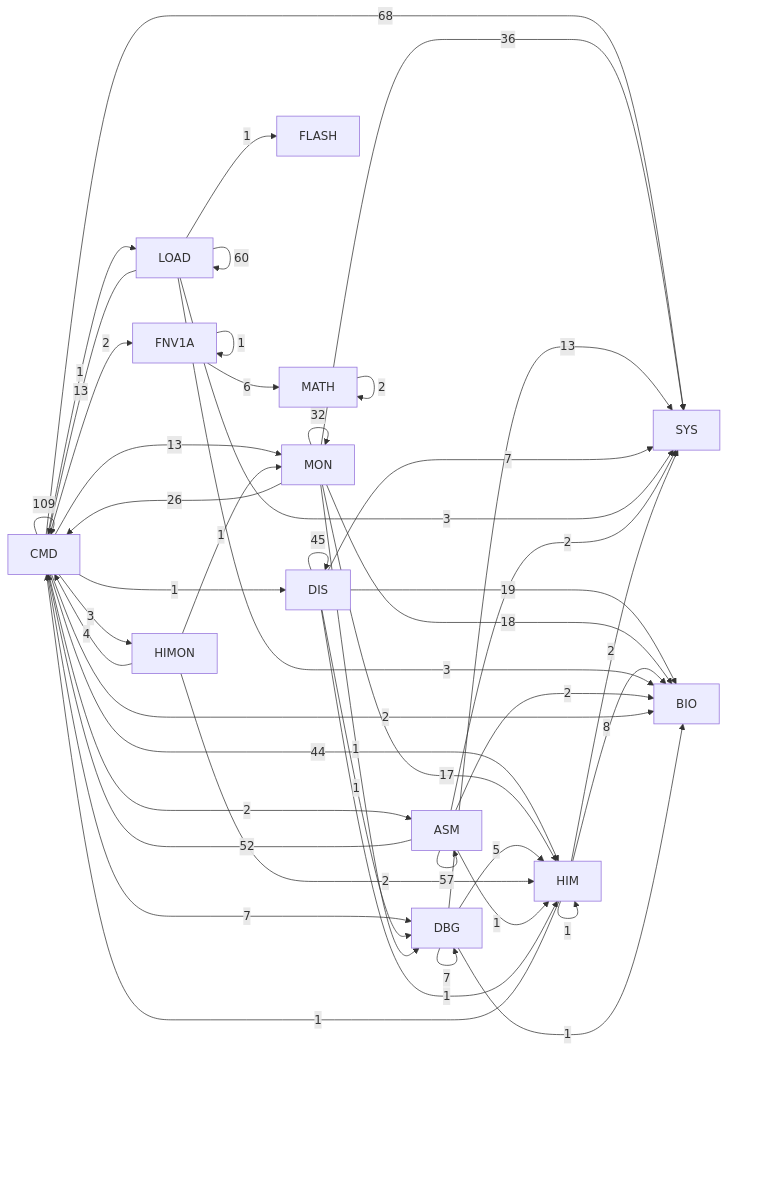
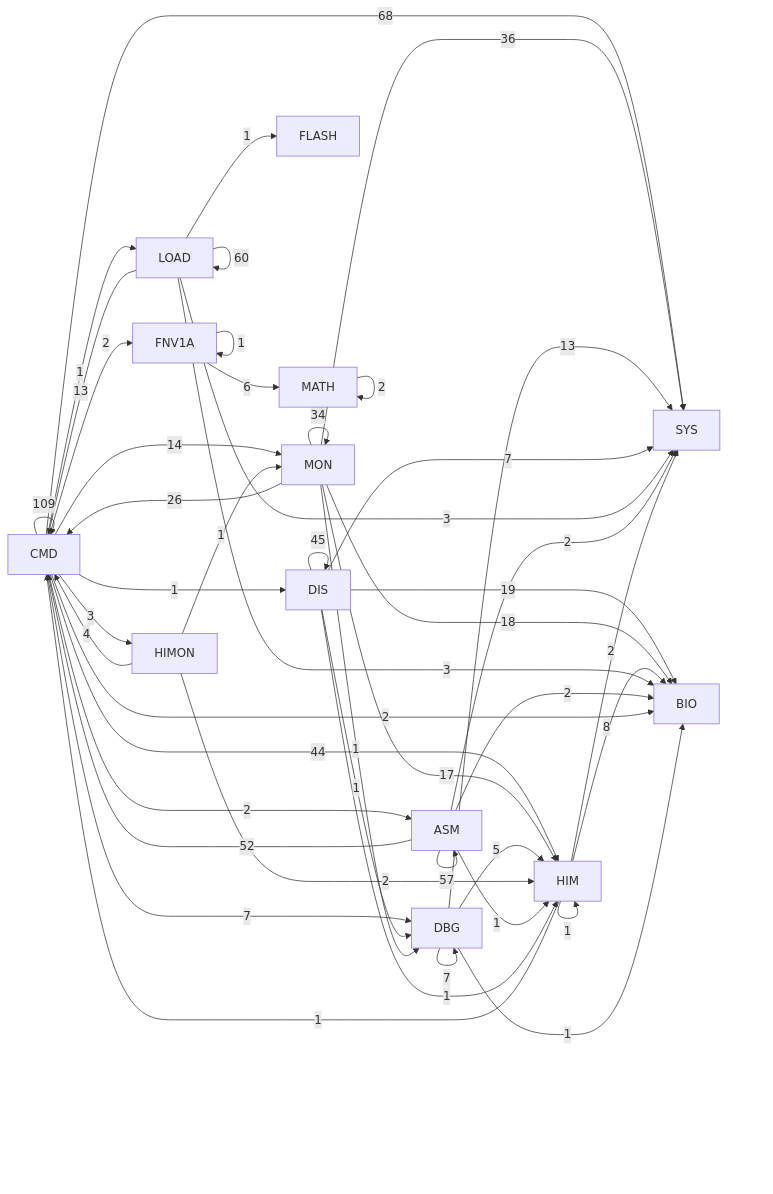
Before and after one commit to 95westus/R-YORS: the diagram in DOC/GENERATED/HIMON_SUPPORT_MAP.md, drawn with Mermaid. The commit also changed other lines of this file and 39 other files, not shown here.

````diff
--- a/DOC/GENERATED/HIMON_SUPPORT_MAP.md
+++ b/DOC/GENERATED/HIMON_SUPPORT_MAP.md
@@ -10,49 +10,49 @@
 ```mermaid
 flowchart LR
     P_CMD[CMD] -->|109| P_CMD[CMD]
     P_CMD[CMD] -->|68| P_SYS[SYS]
     P_LOAD[LOAD] -->|60| P_LOAD[LOAD]
     P_ASM[ASM] -->|57| P_ASM[ASM]
     P_ASM[ASM] -->|52| P_CMD[CMD]
     P_DIS[DIS] -->|45| P_DIS[DIS]
     P_CMD[CMD] -->|44| P_HIM[HIM]
     P_MON[MON] -->|36| P_SYS[SYS]
-    P_MON[MON] -->|32| P_MON[MON]
+    P_MON[MON] -->|34| P_MON[MON]
     P_MON[MON] -->|26| P_CMD[CMD]
     P_DIS[DIS] -->|19| P_BIO[BIO]
     P_MON[MON] -->|18| P_BIO[BIO]
     P_MON[MON] -->|17| P_HIM[HIM]
-    P_CMD[CMD] -->|13| P_MON[MON]
+    P_CMD[CMD] -->|14| P_MON[MON]
     P_DBG[DBG] -->|13| P_SYS[SYS]
     P_LOAD[LOAD] -->|13| P_CMD[CMD]
     P_HIM[HIM] -->|8| P_BIO[BIO]
     P_CMD[CMD] -->|7| P_DBG[DBG]
     P_DBG[DBG] -->|7| P_DBG[DBG]
     P_DIS[DIS] -->|7| P_SYS[SYS]
     P_FNV1A[FNV1A] -->|6| P_MATH[MATH]
     P_DBG[DBG] -->|5| P_HIM[HIM]
     P_HIMON[HIMON] -->|4| P_CMD[CMD]
     P_CMD[CMD] -->|3| P_HIMON[HIMON]
     P_LOAD[LOAD] -->|3| P_BIO[BIO]
     P_LOAD[LOAD] -->|3| P_SYS[SYS]
     P_ASM[ASM] -->|2| P_BIO[BIO]
     P_ASM[ASM] -->|2| P_SYS[SYS]
     P_CMD[CMD] -->|2| P_ASM[ASM]
     P_CMD[CMD] -->|2| P_BIO[BIO]
     P_CMD[CMD] -->|2| P_FNV1A[FNV1A]
     P_HIM[HIM] -->|2| P_SYS[SYS]
     P_HIMON[HIMON] -->|2| P_HIM[HIM]
     P_MATH[MATH] -->|2| P_MATH[MATH]
     P_ASM[ASM] -->|1| P_HIM[HIM]
     P_CMD[CMD] -->|1| P_DIS[DIS]
     P_CMD[CMD] -->|1| P_LOAD[LOAD]
     P_DBG[DBG] -->|1| P_BIO[BIO]
     P_DIS[DIS] -->|1| P_DBG[DBG]
     P_DIS[DIS] -->|1| P_HIM[HIM]
     P_FNV1A[FNV1A] -->|1| P_FNV1A[FNV1A]
     P_HIM[HIM] -->|1| P_CMD[CMD]
     P_HIM[HIM] -->|1| P_HIM[HIM]
     P_HIMON[HIMON] -->|1| P_MON[MON]
     P_LOAD[LOAD] -->|1| P_FLASH[FLASH]
     P_MON[MON] -->|1| P_DBG[DBG]
 ```
````
